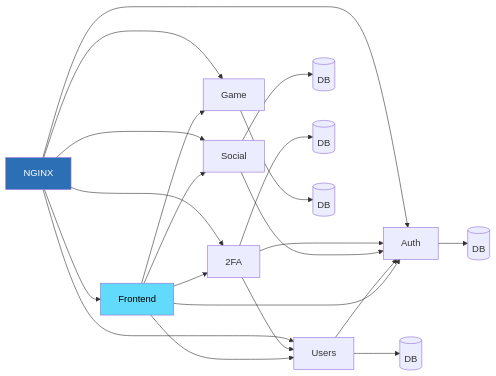
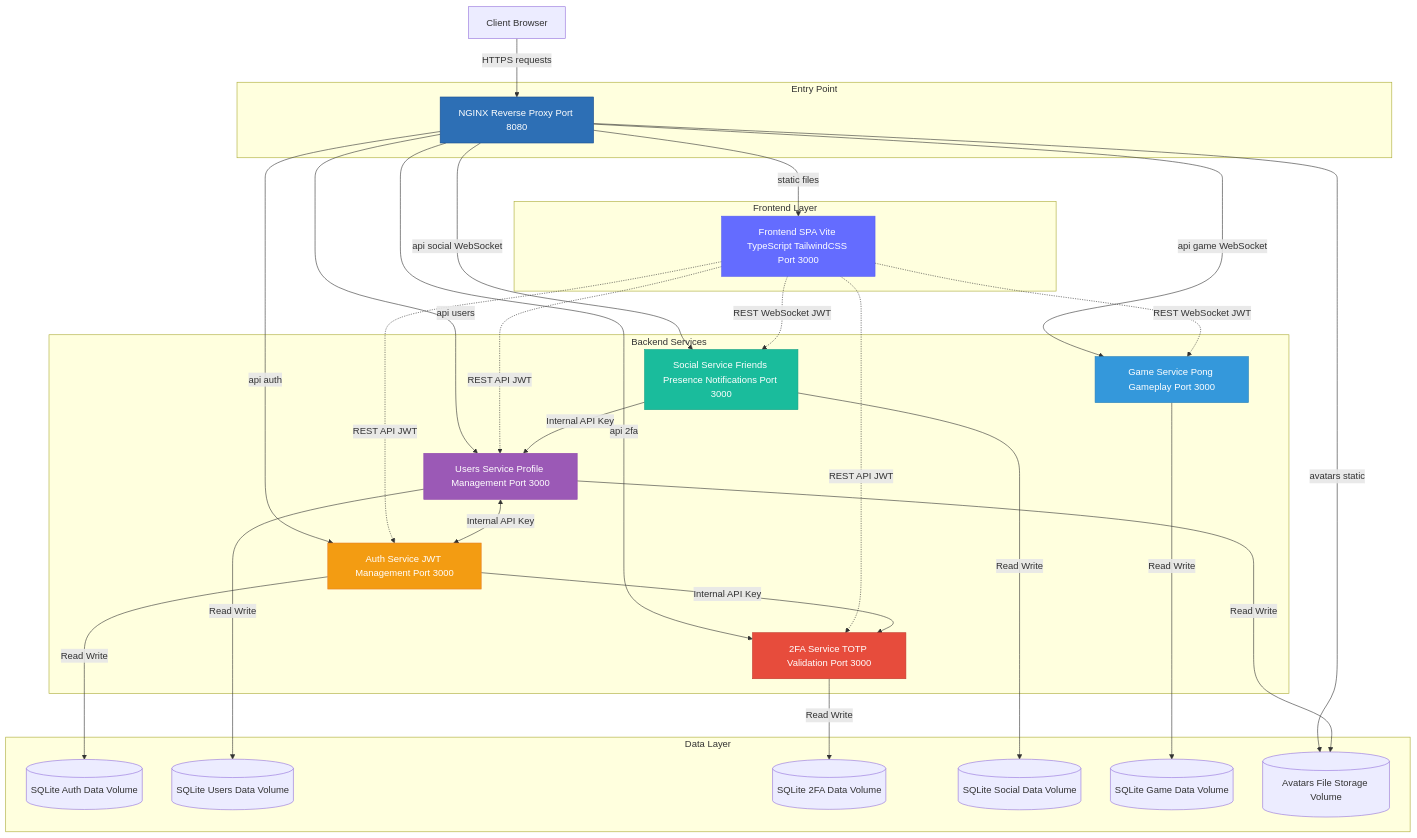
Before and after one commit to anais-f/42_ft_transcendence: the third of 3 diagrams in architecture.md, drawn with Mermaid. The commit also changed other lines of this file and 1 other file, not shown here.

````diff
--- a/architecture.md
+++ b/architecture.md
@@ -123,31 +133,63 @@
 ```mermaid
-graph LR
-    Frontend[Frontend]
-    
-    Frontend --> Auth[Auth]
-    Frontend --> Users[Users]
-    Frontend --> TwoFA[2FA]
-    Frontend --> Social[Social]
-    Frontend --> Game[Game]
-    
-    Users --> Auth
-    Social --> Auth
-    TwoFA --> Auth
-    TwoFA --> Users
-    
-    Auth --> DB_Auth[(DB)]
-    Users --> DB_Users[(DB)]
-    Social --> DB_Social[(DB)]
-    TwoFA --> DB_2FA[(DB)]
-    Game --> DB_Game[(DB)]
-    
-    Nginx[NGINX] --> Frontend
-    Nginx --> Auth
-    Nginx --> Users
-    Nginx --> TwoFA
-    Nginx --> Social
-    Nginx --> Game
-    
-    style Nginx fill:#2d6fb5,color:#fff
-    style Frontend fill:#61dafb,color:#000
+graph TB
+    subgraph Entry["Entry Point"]
+        Nginx[NGINX Reverse Proxy Port 8080]
+    end
+
+    subgraph Frontend_Layer["Frontend Layer"]
+        Frontend[Frontend SPA Vite TypeScript TailwindCSS Port 3000]
+    end
+
+    subgraph Backend["Backend Services"]
+        Auth[Auth Service JWT Management Port 3000]
+        Users[Users Service Profile Management Port 3000]
+        TwoFA[2FA Service TOTP Validation Port 3000]
+        Social[Social Service Friends Presence Notifications Port 3000]
+        Game[Game Service Pong Gameplay Port 3000]
+    end
+
+    subgraph Data["Data Layer"]
+        DB_Auth[(SQLite Auth Data Volume)]
+        DB_Users[(SQLite Users Data Volume)]
+        DB_2FA[(SQLite 2FA Data Volume)]
+        DB_Social[(SQLite Social Data Volume)]
+        DB_Game[(SQLite Game Data Volume)]
+        Avatars[(Avatars File Storage Volume)]
+    end
+
+    Client[Client Browser] -->|HTTPS requests| Nginx
+
+    Nginx -->|static files| Frontend
+    Nginx -->|api auth| Auth
+    Nginx -->|api users| Users
+    Nginx -->|api 2fa| TwoFA
+    Nginx -->|api social WebSocket| Social
+    Nginx -->|api game WebSocket| Game
+    Nginx -->|avatars static| Avatars
+
+    Frontend -.->|REST API JWT| Auth
+    Frontend -.->|REST API JWT| Users
+    Frontend -.->|REST API JWT| TwoFA
+    Frontend -.->|REST WebSocket JWT| Social
+    Frontend -.->|REST WebSocket JWT| Game
+
+    Users <-->|Internal API Key| Auth
+    Auth -->|Internal API Key| TwoFA
+
+    Social -->|Internal API Key| Users
+
+    Auth -->|Read Write| DB_Auth
+    Users -->|Read Write| DB_Users
+    Users -->|Read Write| Avatars
+    TwoFA -->|Read Write| DB_2FA
+    Social -->|Read Write| DB_Social
+    Game -->|Read Write| DB_Game
+
+    style Nginx fill:#2d6fb5,stroke:#1a4d8f,color:#fff
+    style Frontend fill:#646cff,stroke:#535bf2,color:#fff
+    style Auth fill:#f39c12,stroke:#e67e22,color:#fff
+    style Users fill:#9b59b6,stroke:#8e44ad,color:#fff
+    style TwoFA fill:#e74c3c,stroke:#c0392b,color:#fff
+    style Social fill:#1abc9c,stroke:#16a085,color:#fff
+    style Game fill:#3498db,stroke:#2980b9,color:#fff
 ```
````
